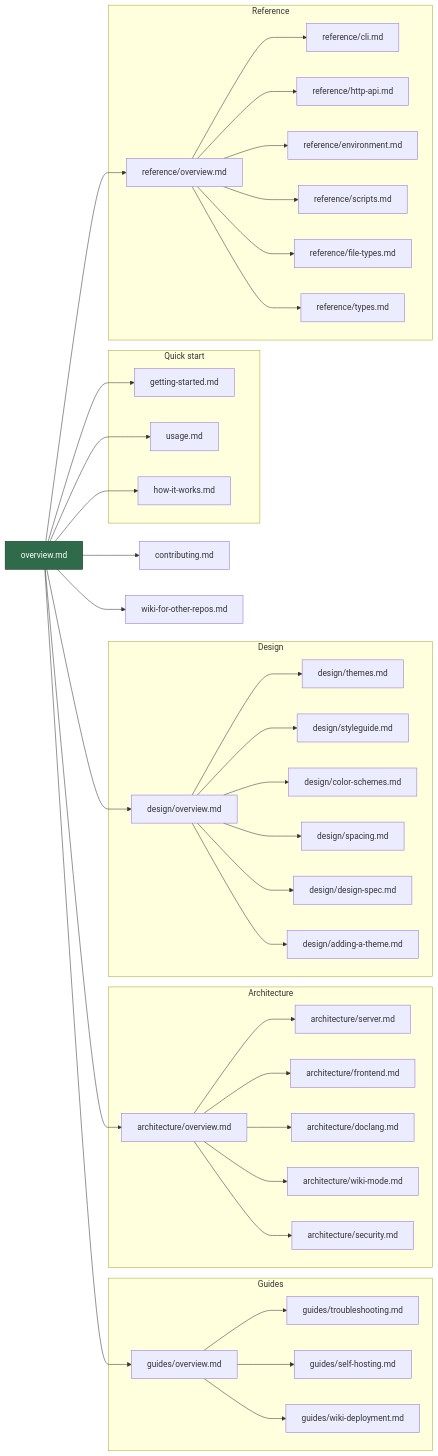
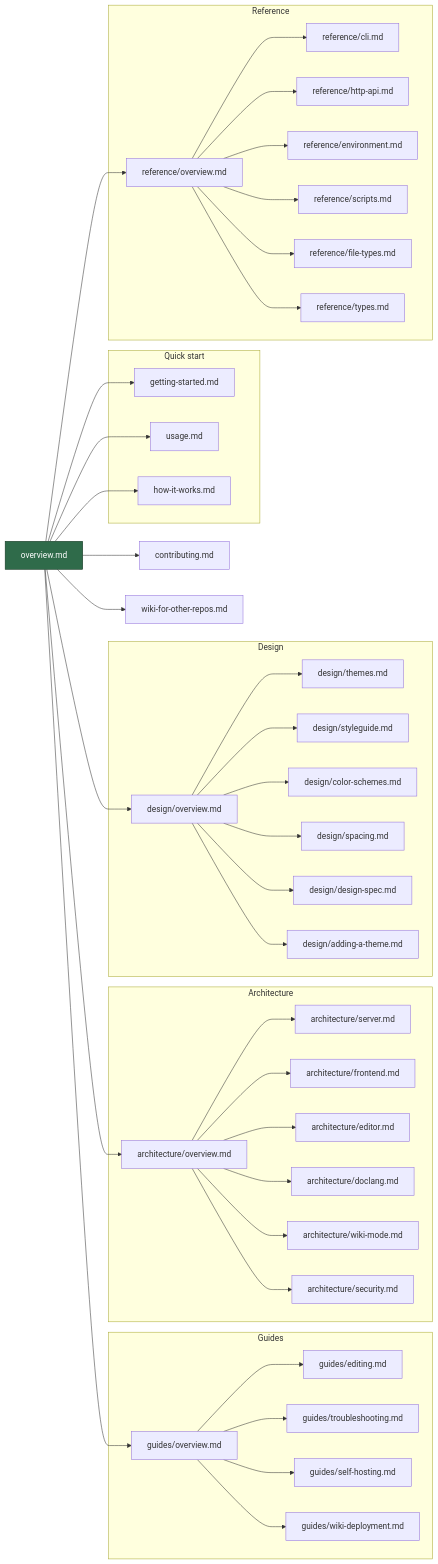
One commit to MorizMensi/grove changed the diagram in docs/overview.md. Above: the diagram before and after it, drawn with Mermaid. The commit also changed other lines of this file and 23 other files, not shown here.

First line of the commit message:
docs: refresh for editor release — new editor/editing pages, Zed removal, full CRUD API

````diff
--- a/docs/overview.md
+++ b/docs/overview.md
@@ -15,58 +17,60 @@
 ```mermaid
 flowchart LR
   HOME[overview.md]:::home
 
   subgraph "Quick start"
     GS[getting-started.md]
     US[usage.md]
     HIW[how-it-works.md]
   end
 
   subgraph "Guides"
     GI[guides/overview.md]
+    GED[guides/editing.md]
     GT[guides/troubleshooting.md]
     GH[guides/self-hosting.md]
     GW[guides/wiki-deployment.md]
   end
 
   subgraph "Architecture"
     AI[architecture/overview.md]
     ASV[architecture/server.md]
     AFE[architecture/frontend.md]
+    AED[architecture/editor.md]
     ADL[architecture/doclang.md]
     AWM[architecture/wiki-mode.md]
     ASE[architecture/security.md]
   end
 
   subgraph "Design"
     DI[design/overview.md]
     DTH[design/themes.md]
     DSG[design/styleguide.md]
     DCS[design/color-schemes.md]
     DSP[design/spacing.md]
     DSPEC[design/design-spec.md]
     DAT[design/adding-a-theme.md]
   end
 
   subgraph "Reference"
     RI[reference/overview.md]
     RCLI[reference/cli.md]
     RAPI[reference/http-api.md]
     RENV[reference/environment.md]
     RSCR[reference/scripts.md]
     RFT[reference/file-types.md]
     RTY[reference/types.md]
   end
 
   HOME --> GS & US & HIW
   HOME --> GI & AI & RI & DI
   HOME --> CON[contributing.md]
   HOME --> WIKI[wiki-for-other-repos.md]
 
-  GI --> GT & GH & GW
-  AI --> ASV & AFE & ADL & AWM & ASE
+  GI --> GED & GT & GH & GW
+  AI --> ASV & AFE & AED & ADL & AWM & ASE
   RI --> RCLI & RAPI & RENV & RSCR & RFT & RTY
   DI --> DTH & DSG & DCS & DSP & DSPEC & DAT
 
   classDef home fill:#2f6b4a,stroke:#13331f,color:#fff;
 ```
````
